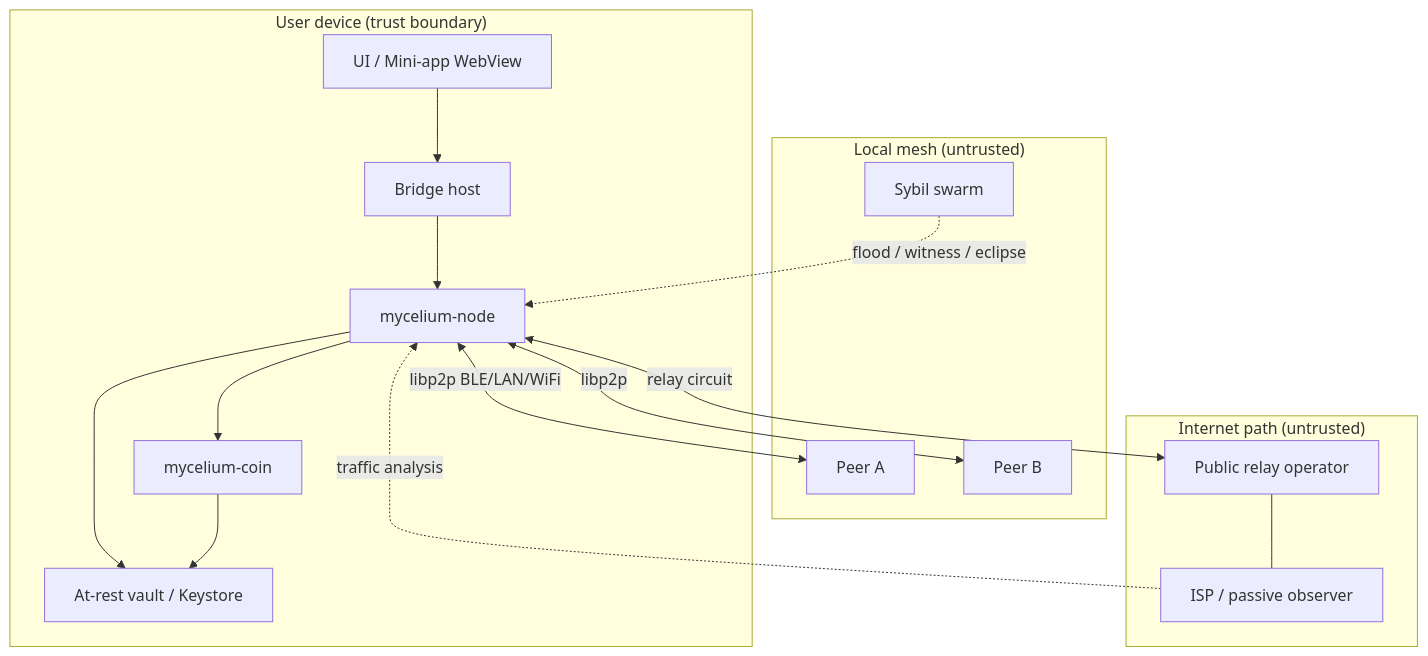
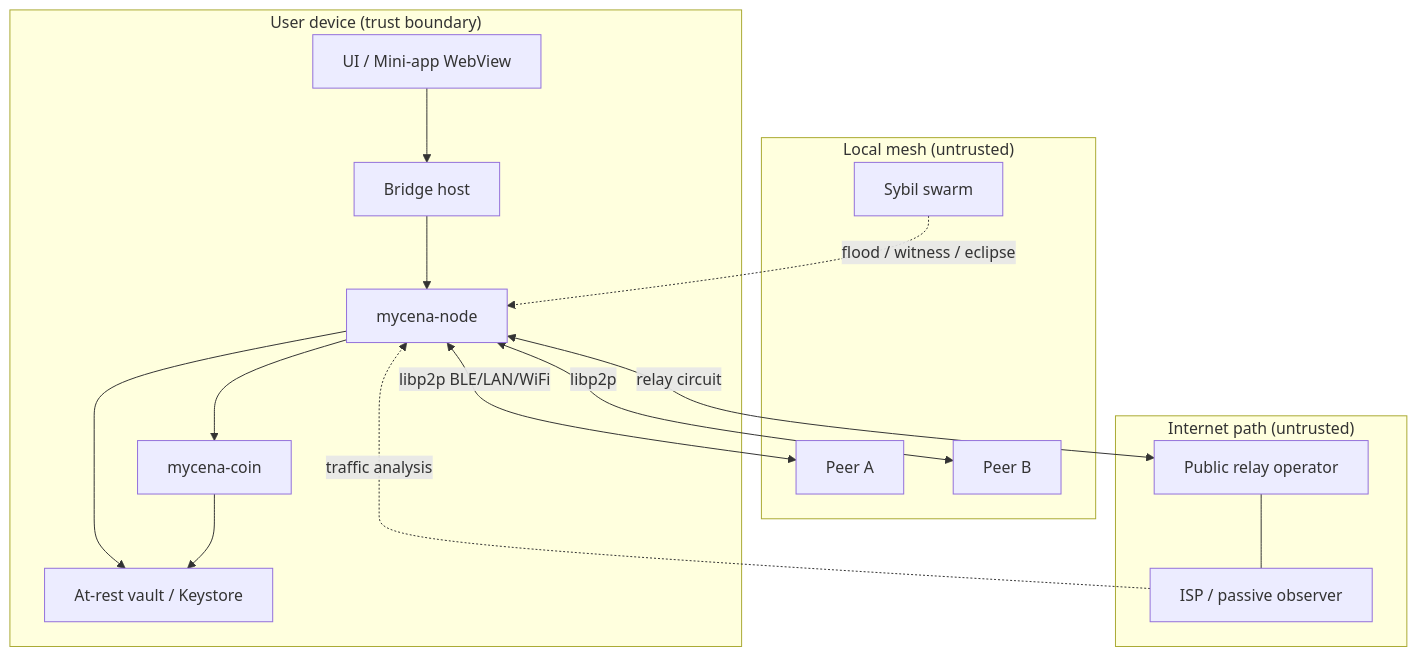
Before and after one commit to mycena-project/Mycena: the diagram in docs/THREAT_MODEL.md, drawn with Mermaid. The commit also changed other lines of this file and 1100 other files, not shown here.

````diff
--- a/docs/THREAT_MODEL.md
+++ b/docs/THREAT_MODEL.md
@@ -87,32 +87,32 @@
 ```mermaid
 flowchart TB
   subgraph device["User device (trust boundary)"]
     UI[UI / Mini-app WebView]
     Bridge[Bridge host]
-    Node[mycelium-node]
-    Coin[mycelium-coin]
+    Node[mycena-node]
+    Coin[mycena-coin]
     Vault[At-rest vault / Keystore]
     UI --> Bridge --> Node
     Node --> Coin
     Node --> Vault
     Coin --> Vault
   end
 
   subgraph local["Local mesh (untrusted)"]
     PeerA[Peer A]
     PeerB[Peer B]
     Sybil[Sybil swarm]
   end
 
   subgraph internet["Internet path (untrusted)"]
     Relay[Public relay operator]
     ISP[ISP / passive observer]
   end
 
   Node <-->|libp2p BLE/LAN/WiFi| PeerA
   Node <-->|libp2p| PeerB
   Sybil -.->|flood / witness / eclipse| Node
   Node <-->|relay circuit| Relay
   Relay --- ISP
   ISP -.->|traffic analysis| Node
 ```
````
